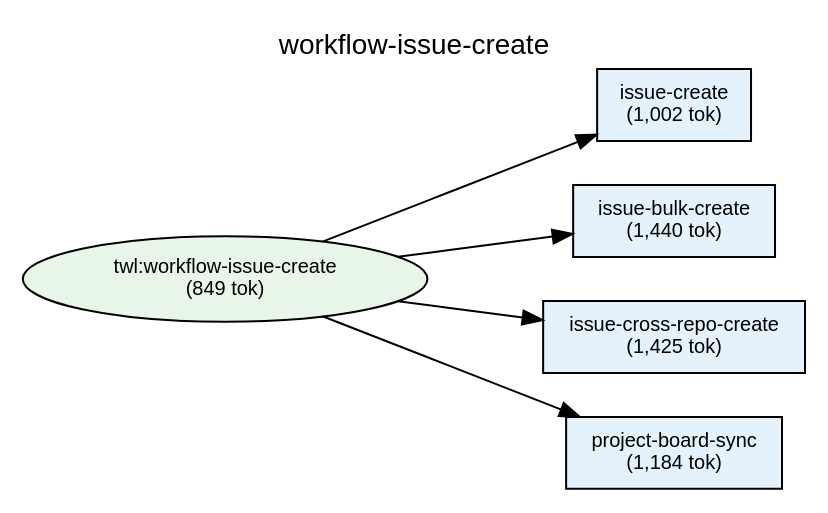
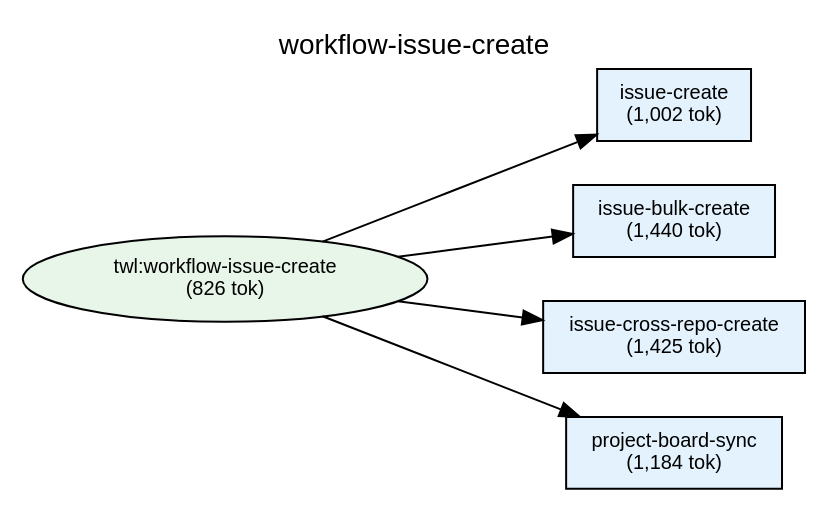
The diagram in plugins/twl/docs/deps-workflow-issue-create.dot (shuu5/twill), drawn with Graphviz before and after one commit. The commit also changed 8 other files, not shown here.

Commit message:
fix(twl): レビュー指摘修正 — description矛盾解消・REFINED_LABEL_OK入力削除・can_spawn最小化

```diff
--- a/plugins/twl/docs/deps-workflow-issue-create.dot
+++ b/plugins/twl/docs/deps-workflow-issue-create.dot
@@ -1,51 +1,51 @@
 digraph Dependencies {
     // Graph settings
     rankdir=LR;
     ranksep=0.8;
     nodesep=0.3;
     fontname="Helvetica";
     node [fontname="Helvetica", fontsize=10];
     edge [fontname="Helvetica", fontsize=9];
     label="workflow-issue-create";
     labelloc=t;
     fontsize=14;
 
     // L0: Controller Skills
 
     // L0: Launchers
 
     // L0.5: Workflow Skills
-    skill_workflow_issue_create [label="twl:workflow-issue-create\n(849 tok)", shape=ellipse, style=filled, fillcolor="#e8f5e9"];
+    skill_workflow_issue_create [label="twl:workflow-issue-create\n(826 tok)", shape=ellipse, style=filled, fillcolor="#e8f5e9"];
 
     // Reference Skills
 
     // L1: Direct Commands
     cmd_issue_create [label="issue-create\n(1,002 tok)", shape=box, style=filled, fillcolor="#e3f2fd"];
     cmd_issue_bulk_create [label="issue-bulk-create\n(1,440 tok)", shape=box, style=filled, fillcolor="#e3f2fd"];
     cmd_issue_cross_repo_create [label="issue-cross-repo-create\n(1,425 tok)", shape=box, style=filled, fillcolor="#e3f2fd"];
     cmd_project_board_sync [label="project-board-sync\n(1,184 tok)", shape=box, style=filled, fillcolor="#e3f2fd"];
 
     // L2: Sub Commands
 
     // L3: Agents
 
     // L3.5: Scripts
 
     // L4: External
 
     // Layer constraints
     { rank=same; skill_workflow_issue_create; }
     { rank=same; cmd_issue_create; cmd_issue_bulk_create; cmd_issue_cross_repo_create; cmd_project_board_sync; }
 
     // Edges
     skill_workflow_issue_create -> cmd_issue_create;
     skill_workflow_issue_create -> cmd_issue_bulk_create;
     skill_workflow_issue_create -> cmd_issue_cross_repo_create;
     skill_workflow_issue_create -> cmd_project_board_sync;
 
     // Ordering constraints (invisible edges)
     cmd_issue_create -> cmd_issue_bulk_create [style=invis, weight=10];
     cmd_issue_bulk_create -> cmd_issue_cross_repo_create [style=invis, weight=10];
     cmd_issue_cross_repo_create -> cmd_project_board_sync [style=invis, weight=10];
 
 }
```
